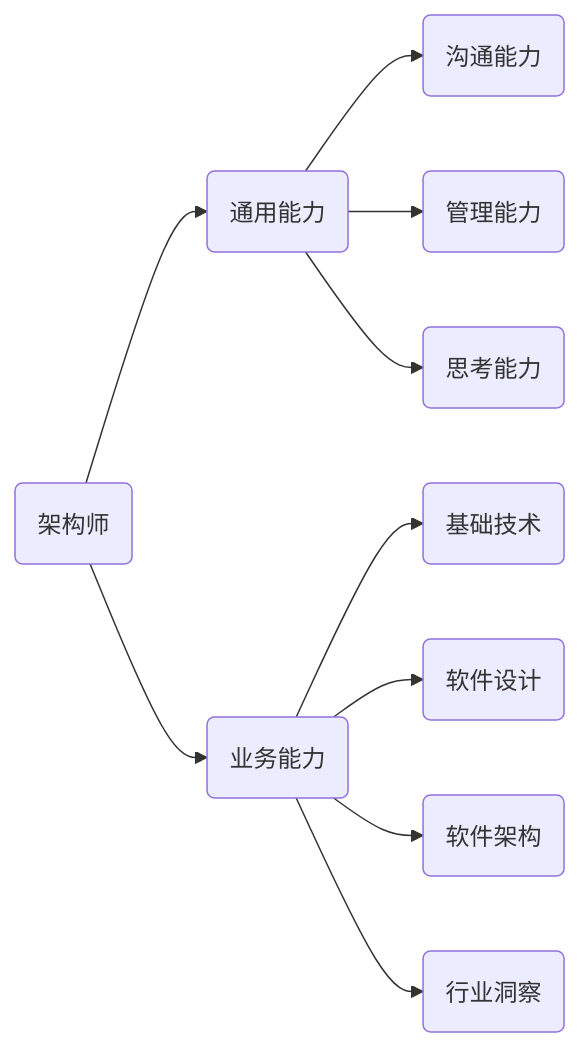
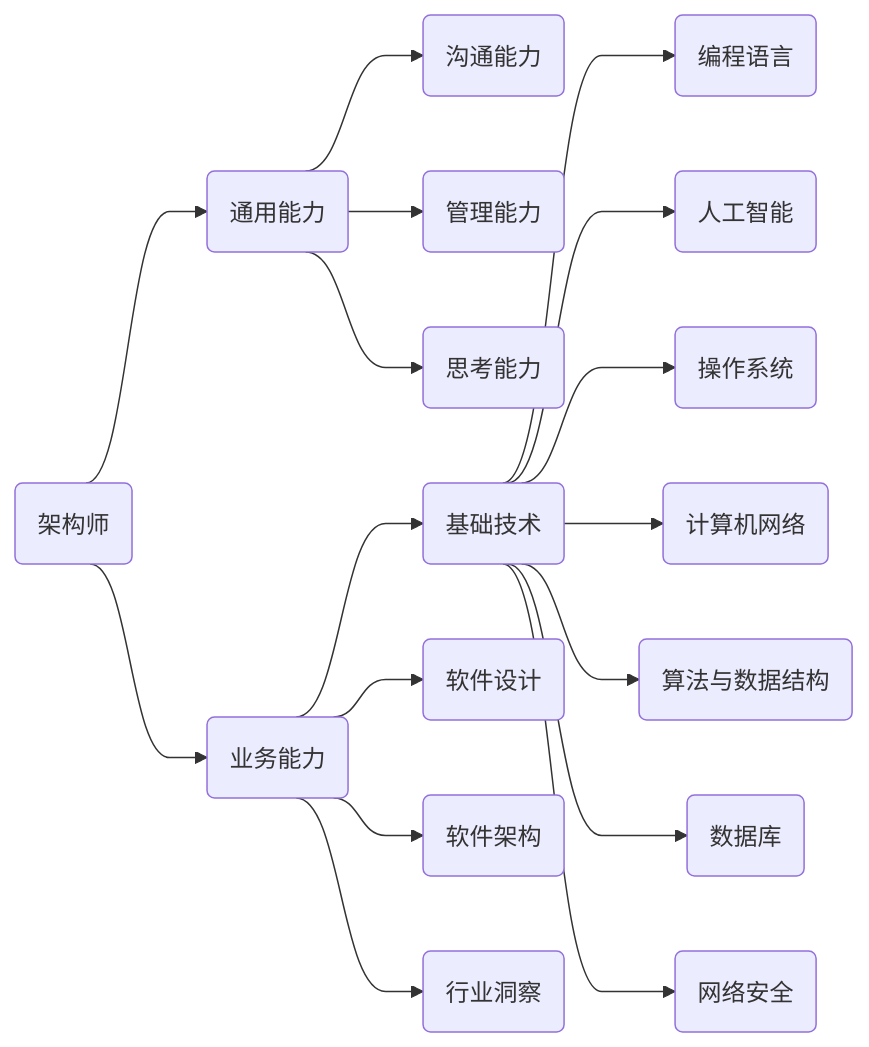
One commit to wallace-lai/learning-notes changed the diagram in source/Unfiled/architect-roadmap.md. Above: the diagram before and after it, drawn with Mermaid. The commit also changed other lines of this file and 1 other file, not shown here.

````diff
--- a/source/Unfiled/architect-roadmap.md
+++ b/source/Unfiled/architect-roadmap.md
@@ -9,26 +9,43 @@
 ```{mermaid}
+%%{init: {'flowchart': {'curve': 'bumpX'}}}%%
 flowchart LR
     root(架构师)
         l1(通用能力)
             l11(沟通能力)
             l12(管理能力)
             l13(思考能力)
 
             l1 --> l11
             l1 --> l12
             l1 --> l13
 
         l2(业务能力)
             l21(基础技术)
+                l216(数据库)
+                l217(网络安全)
+                l211(编程语言)
+                l212(人工智能)
+                l213(操作系统)
+                l214(计算机网络)
+                l215(算法与数据结构)
+
+                l21 --> l211
+                l21 --> l212
+                l21 --> l213
+                l21 --> l214
+                l21 --> l215
+                l21 --> l216
+                l21 --> l217
+
             l22(软件设计)
             l23(软件架构)
             l24(行业洞察)
 
             l2 --> l21
             l2 --> l22
             l2 --> l23
             l2 --> l24
 
         root --> l1
         root --> l2
 ```
````
